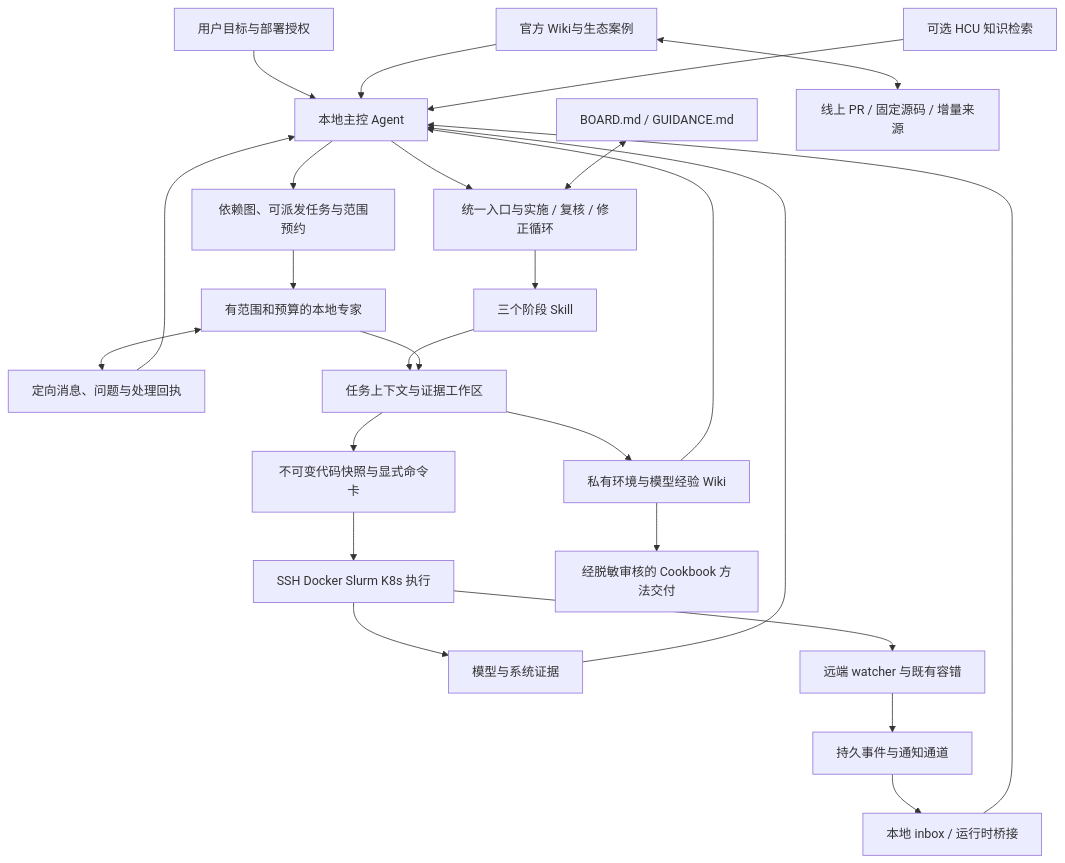
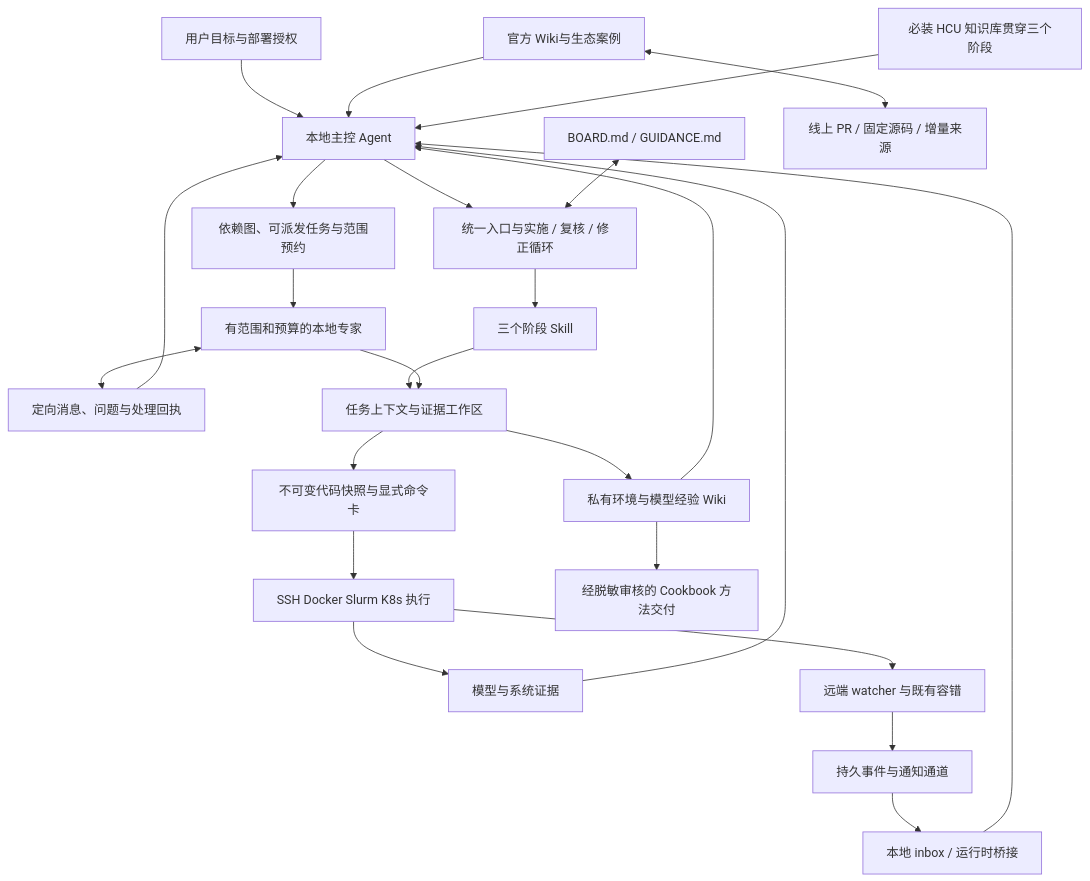
The diagram in docs/architecture.md (yuguo-Jack/HCU-TrainFlow), drawn with Mermaid before and after one commit. The commit also changed 32 other files, not shown here.

````diff
--- a/docs/architecture.md
+++ b/docs/architecture.md
@@ -5,27 +5,27 @@
 ```mermaid
 flowchart TD
     U[用户目标与部署授权] --> A[本地主控 Agent]
     A --> F[统一入口与实施 / 复核 / 修正循环]
     F --> S[三个阶段 Skill]
     HN[BOARD.md / GUIDANCE.md] <--> F
     A --> DAG[依赖图、可派发任务与范围预约]
     DAG --> E[有范围和预算的本地专家]
     E <--> MSG[定向消息、问题与处理回执]
     MSG --> A
     S --> W[任务上下文与证据工作区]
     E --> W
     W --> C[不可变代码快照与显式命令卡]
     C --> R[SSH Docker Slurm K8s 执行]
     R --> P[模型与系统证据]
     P --> A
     K[官方 Wiki与生态案例] --> A
     K <--> PR[线上 PR / 固定源码 / 增量来源]
     W --> EK[私有环境与模型经验 Wiki]
     EK --> A
     EK --> CB[经脱敏审核的 Cookbook 方法交付]
-    H[可选 HCU 知识检索] --> A
+    H[必装 HCU 知识库贯穿三个阶段] --> A
     R --> D[远端 watcher 与既有容错]
     D --> O[持久事件与通知通道]
     O --> I[本地 inbox / 运行时桥接]
     I --> A
 ```
````
